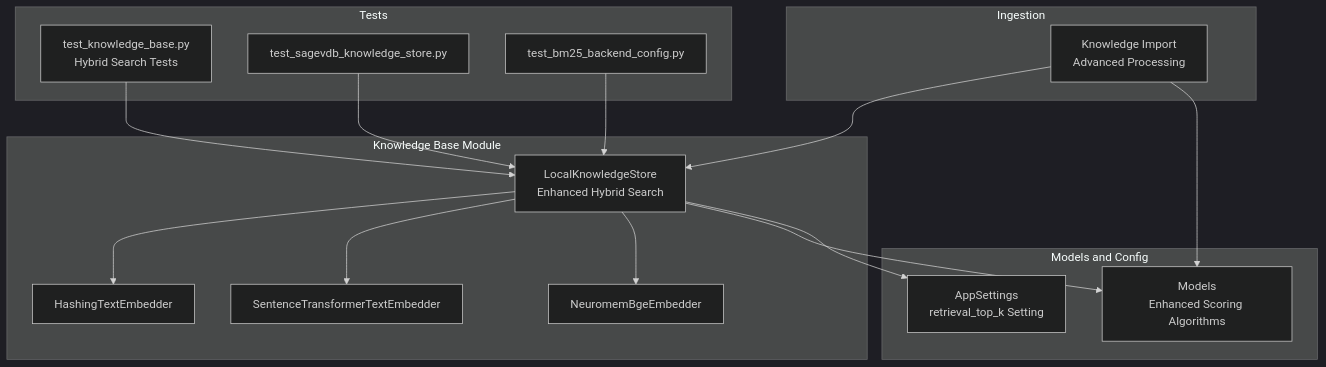
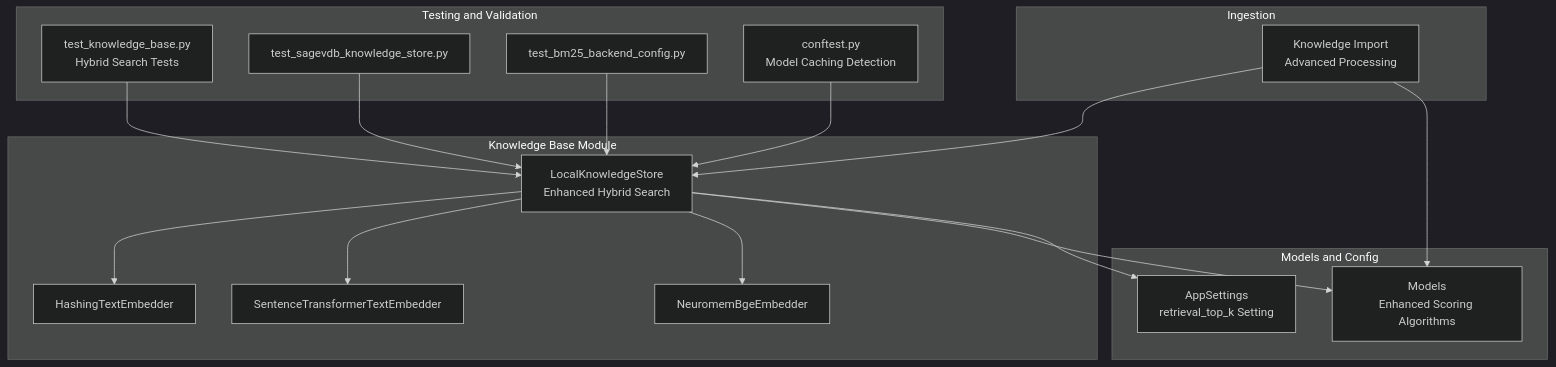
The first of 11 diagrams in .qoder/repowiki/en/content/Knowledge Management/Knowledge Base Storage.md (intellistream/sage-mate), drawn with Mermaid (dark theme) before and after one commit. The commit also changed other lines of this file and 53 other files, not shown here.

````diff
--- a/.qoder/repowiki/en/content/Knowledge Management/Knowledge Base Storage.md
+++ b/.qoder/repowiki/en/content/Knowledge Management/Knowledge Base Storage.md
@@ -48,31 +51,33 @@
 ```mermaid
 graph TB
 subgraph "Knowledge Base Module"
 KB["LocalKnowledgeStore<br/>Enhanced Hybrid Search"]
 E1["HashingTextEmbedder"]
 E2["SentenceTransformerTextEmbedder"]
 E3["NeuromemBgeEmbedder"]
 end
 subgraph "Models and Config"
 M["Models<br/>Enhanced Scoring Algorithms"]
 C["AppSettings<br/>retrieval_top_k Setting"]
 end
 subgraph "Ingestion"
 I["Knowledge Import<br/>Advanced Processing"]
 end
-subgraph "Tests"
+subgraph "Testing and Validation"
 T1["test_knowledge_base.py<br/>Hybrid Search Tests"]
 T2["test_sagevdb_knowledge_store.py"]
 T3["test_bm25_backend_config.py"]
+T4["conftest.py<br/>Model Caching Detection"]
 end
 KB --> E1
 KB --> E2
 KB --> E3
 KB --> M
 KB --> C
 I --> KB
 I --> M
 T1 --> KB
 T2 --> KB
 T3 --> KB
+T4 --> KB
 ```
````
